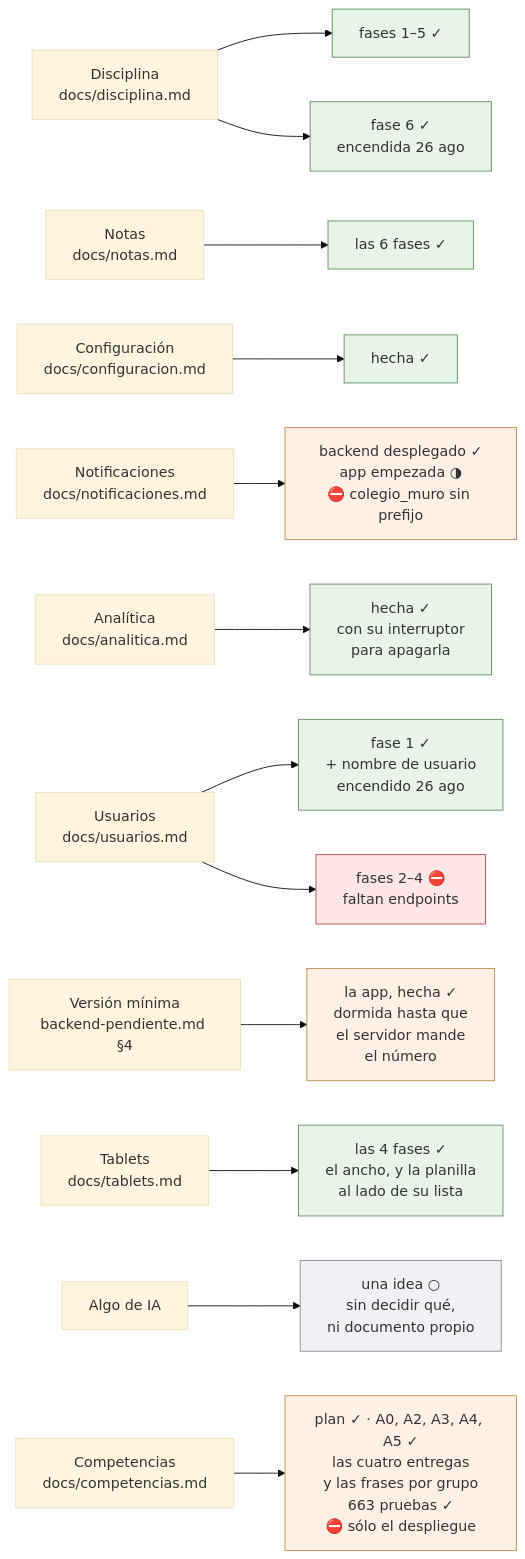
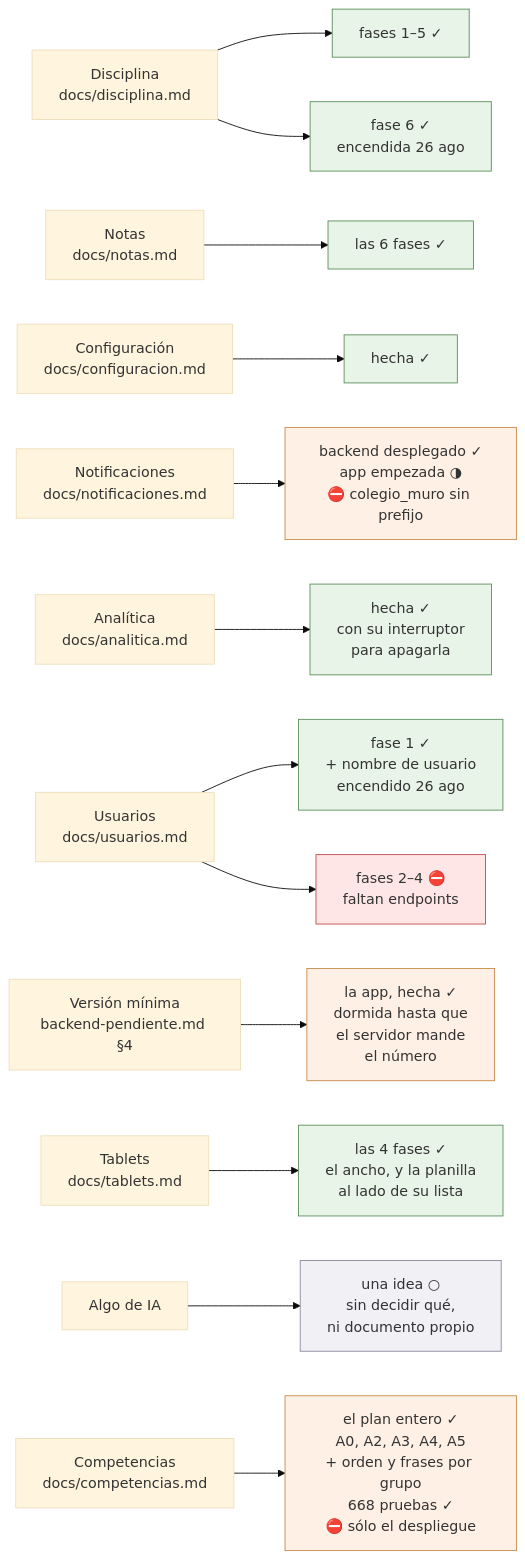
The diagram in docs/estado.md (bluesky777/myvc_flutter), drawn with Mermaid (base theme) before and after one commit. The commit also changed other lines of this file and 4 other files, not shown here.

````diff
--- a/docs/estado.md
+++ b/docs/estado.md
@@ -71,28 +71,28 @@
 ```mermaid
 flowchart LR
     D["Disciplina<br/>docs/disciplina.md"] --> D5["fases 1–5 ✓"]
     D --> D6["fase 6 ✓<br/>encendida 26 ago"]
     N["Notas<br/>docs/notas.md"] --> N4["las 6 fases ✓"]
     C["Configuración<br/>docs/configuracion.md"] --> C0["hecha ✓"]
     P["Notificaciones<br/>docs/notificaciones.md"] --> P0["backend desplegado ✓<br/>app empezada ◑<br/>⛔ colegio_muro sin prefijo"]
     A["Analítica<br/>docs/analitica.md"] --> A0["hecha ✓<br/>con su interruptor<br/>para apagarla"]
     U["Usuarios<br/>docs/usuarios.md"] --> U1["fase 1 ✓<br/>+ nombre de usuario<br/>encendido 26 ago"]
     U --> U2["fases 2–4 ⛔<br/>faltan endpoints"]
     V["Versión mínima<br/>backend-pendiente.md §4"] --> V1["la app, hecha ✓<br/>dormida hasta que<br/>el servidor mande<br/>el número"]
     T["Tablets<br/>docs/tablets.md"] --> T0["las 4 fases ✓<br/>el ancho, y la planilla<br/>al lado de su lista"]
     I["Algo de IA"] --> I0["una idea ○<br/>sin decidir qué,<br/>ni documento propio"]
-    K["Competencias<br/>docs/competencias.md"] --> K0["plan ✓ · A0, A2, A3, A4, A5 ✓<br/>las cuatro entregas<br/>y las frases por grupo<br/>663 pruebas ✓<br/>⛔ sólo el despliegue"]
+    K["Competencias<br/>docs/competencias.md"] --> K0["el plan entero ✓<br/>A0, A2, A3, A4, A5<br/>+ orden y frases por grupo<br/>668 pruebas ✓<br/>⛔ sólo el despliegue"]
 
     style D5 fill:#e8f4e8,stroke:#5a8f5a
     style N4 fill:#e8f4e8,stroke:#5a8f5a
     style D6 fill:#e8f4e8,stroke:#5a8f5a
     style P0 fill:#fff0e6,stroke:#c98a4b
     style C0 fill:#e8f4e8,stroke:#5a8f5a
     style A0 fill:#e8f4e8,stroke:#5a8f5a
     style U1 fill:#e8f4e8,stroke:#5a8f5a
     style U2 fill:#ffe6e6,stroke:#c04b4b
     style V1 fill:#fff0e6,stroke:#c98a4b
     style T0 fill:#e8f4e8,stroke:#5a8f5a
     style I0 fill:#f0f0f5,stroke:#8a8aa0
     style K0 fill:#fff0e6,stroke:#c98a4b
 ```
````
